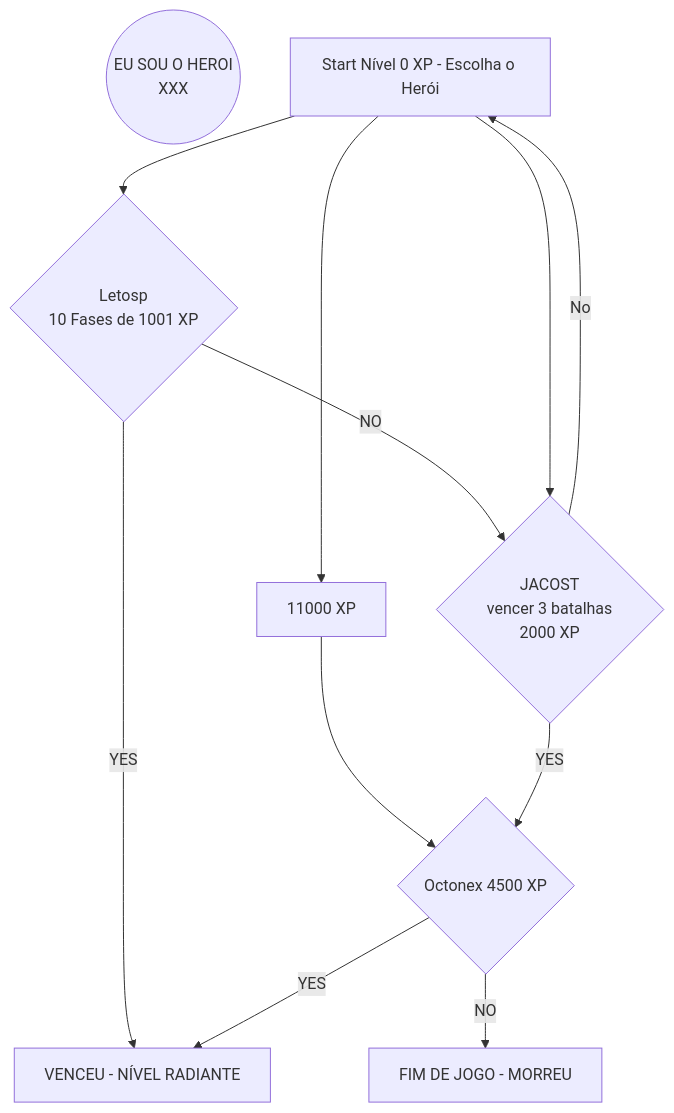
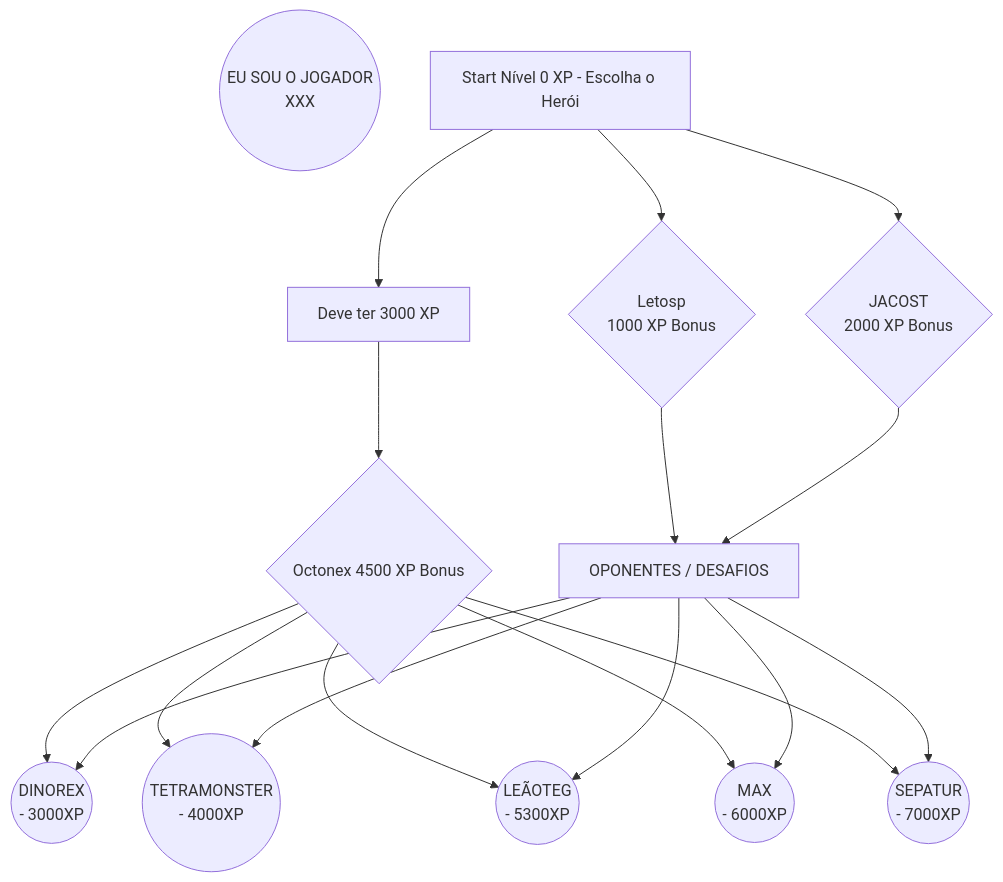
Before and after one commit to sezarprog/desafio-nivel-heroi: the diagram in README.md, drawn with Mermaid. The commit also changed other lines of this file, not shown here.

````diff
--- a/README.md
+++ b/README.md
@@ -16,24 +9,31 @@
 ```mermaid
 flowchart TD;
-    Z((EU SOU O HEROI 
+    Z((EU SOU O JOGADOR 
 XXX));
     A[Start Nível 0 XP - Escolha o Herói]
-    A --> B{Letosp
- 10 Fases de 1001 xp} -- YES --> H[VENCEU - NÍVEL RADIANTE];
-    A --> X[11000 XP] --> G
-B{Letosp 
- 10 Fases de 1001 XP} -- NO --> C{JACOST
- vencer 3 batalhas
- 2000XP };
-    A --> C{JACOST
- vencer 3 batalhas
- 2000 XP };
-   C{JACOST
- vencer 3 batalhas
- 2000 XP } -- No --> A;
-     C{JACOST
- vencer 3 batalhas 
-2000 XP } -- YES--> G{Octonex  4500 XP};
-    G -- YES --> H[VENCEU - NÍVEL RADIANTE];
-    G -- NO --> J[FIM DE JOGO - MORREU];
+    A --> B{Letosp 
+ 1000 XP Bonus} --> F
+    A --> C[Deve ter 3000 XP] --> E
+    A --> D{JACOST
+ 2000 XP Bonus} --> F
+   E{Octonex  4500 XP Bonus} --> G
+   E{Octonex  4500 XP Bonus} --> H
+   E{Octonex  4500 XP Bonus} --> I
+   E{Octonex  4500 XP Bonus} --> J
+   E{Octonex  4500 XP Bonus} --> K
+   F[OPONENTES / DESAFIOS] --> G
+   F[OPONENTES / DESAFIOS] --> H
+   F[OPONENTES / DESAFIOS] --> I
+   F[OPONENTES / DESAFIOS] --> J
+   F[OPONENTES / DESAFIOS] --> K
+   G((DINOREX
+ - 3000XP))
+   H((TETRAMONSTER
+ - 4000XP))
+   I((LEÃOTEG
+ - 5300XP))
+   J((MAX
+ - 6000XP))
+   K((SEPATUR
+ - 7000XP))
 ```  
````
